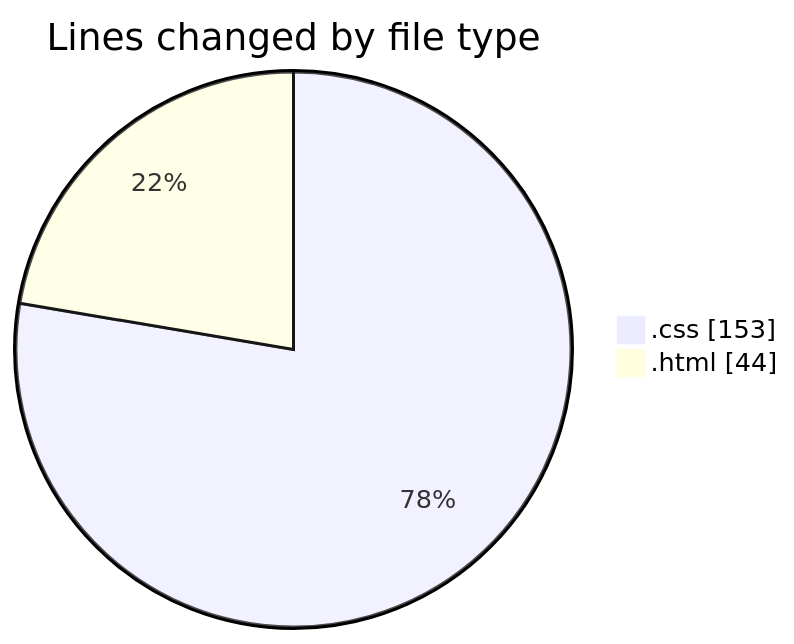
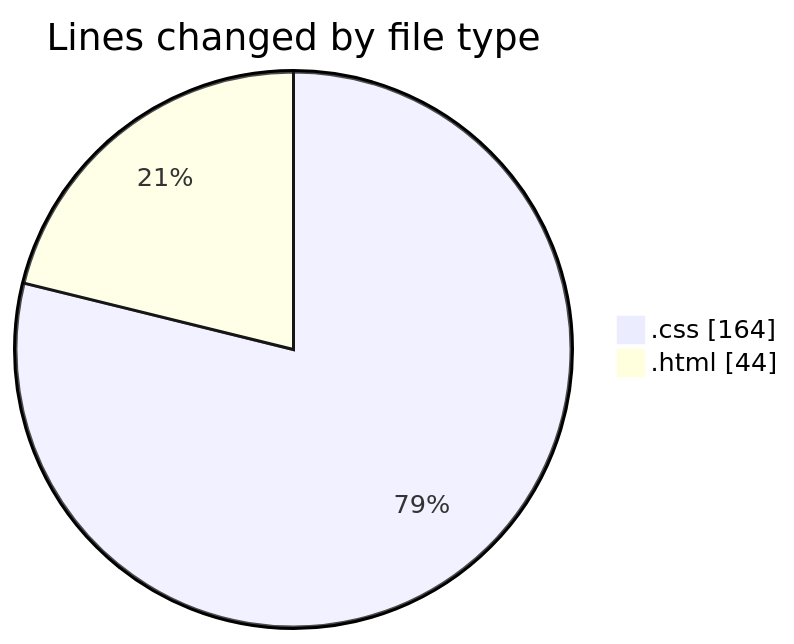
One commit to NitaiMahat/code-tracking changed the first of 2 diagrams in 2025-01-26/results-summary-component-main/README.md. Above: the diagram before and after it, drawn with Mermaid. The commit also changed other lines of this file and 1 other file, not shown here.

````diff
--- a/2025-01-26/results-summary-component-main/README.md
+++ b/2025-01-26/results-summary-component-main/README.md
@@ -21,6 +21,6 @@
 ```mermaid
 pie showData
 title Lines changed by file type
-".css" : 153
+".css" : 164
 ".html" : 44
 ```
````
